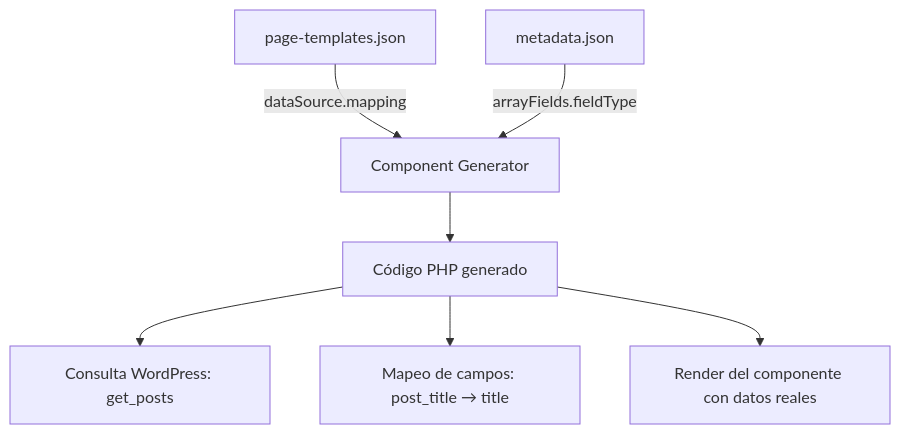
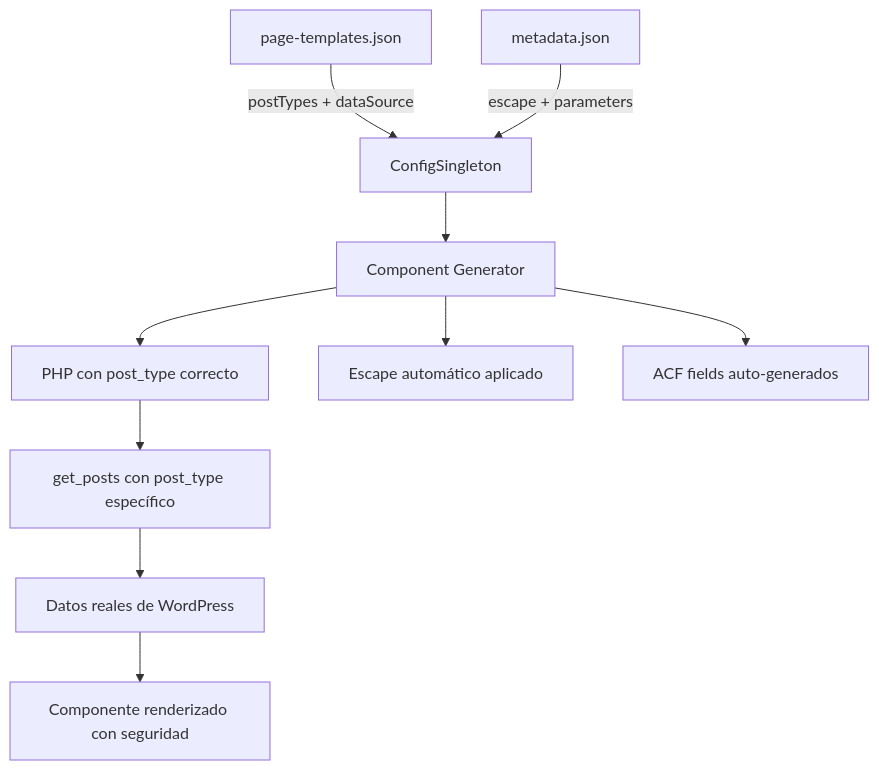
The diagram in TUTORIAL_END_TO_END.md (indiegente/designsystem-wp), drawn with Mermaid before and after one commit. The commit also changed other lines of this file and 44 other files, not shown here.

First line of the commit message:
- ✅ Storybook: HMR funcionando correctamente    con estilos aplicados   - ✅ Build: CSS bundle optimizado (18.94 kB   gzipped)   - ✅ WordPress Generator: Funciona   perfectamente con CSS unificado   - ✅ Performance: Core Web Vitals optimizados    para WordPress

````diff
--- a/TUTORIAL_END_TO_END.md
+++ b/TUTORIAL_END_TO_END.md
@@ -501,10 +740,13 @@
 ```mermaid
 graph TD
-    A[page-templates.json] -->|dataSource.mapping| B[Component Generator]
-    C[metadata.json] -->|arrayFields.fieldType| B
-    B --> D[Código PHP generado]
+    A[page-templates.json] -->|postTypes + dataSource| B[ConfigSingleton]
+    C[metadata.json] -->|escape + parameters| B
+    B --> D[Component Generator]
+    D --> E[PHP con post_type correcto]
+    D --> F[Escape automático aplicado]
+    D --> G[ACF fields auto-generados]
 
-    D --> E[Consulta WordPress: get_posts]
-    D --> F[Mapeo de campos: post_title → title]
-    D --> G[Render del componente con datos reales]
+    E --> H[get_posts con post_type específico]
+    H --> I[Datos reales de WordPress]
+    I --> J[Componente renderizado con seguridad]
 ```
````
